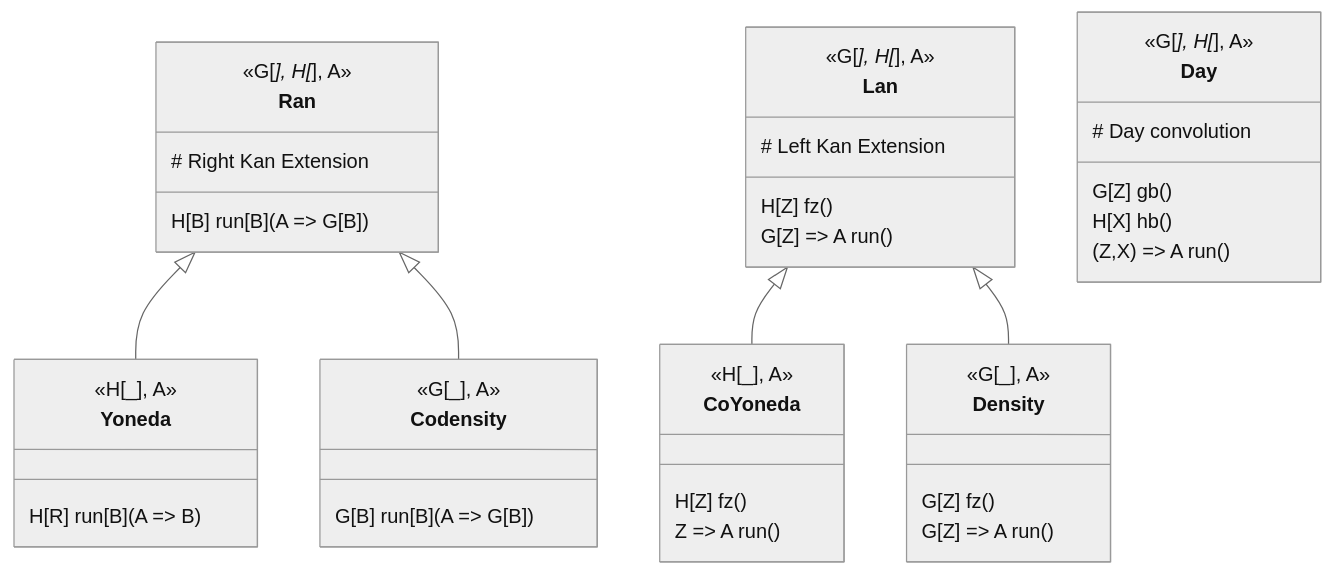
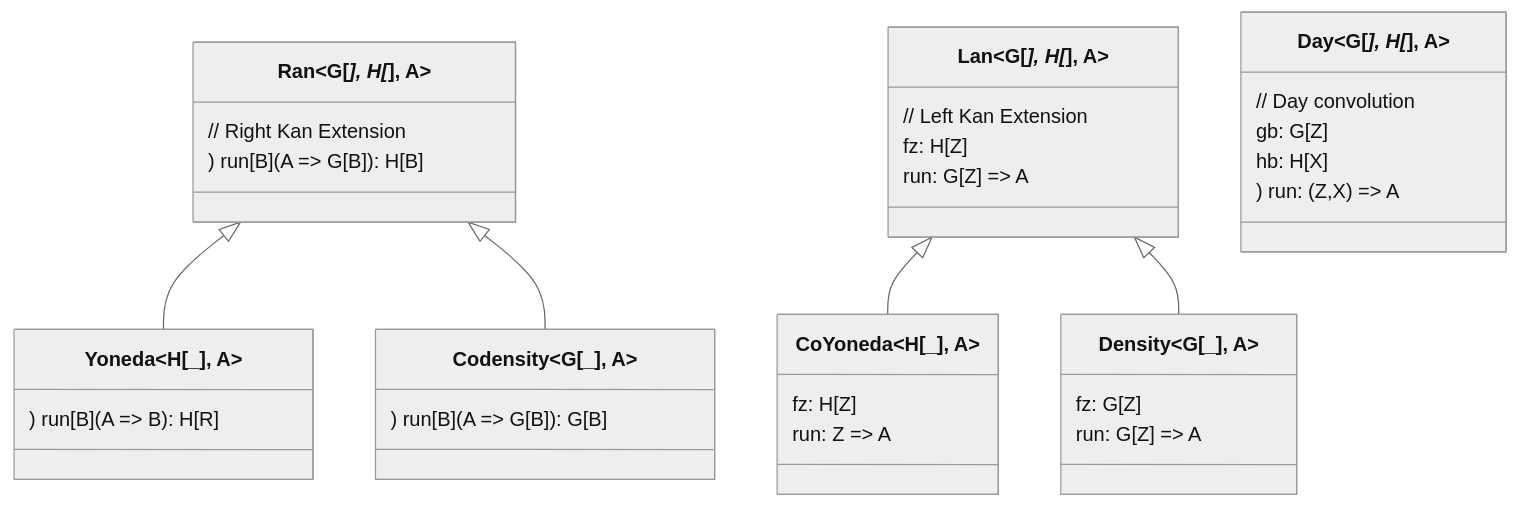
The diagram in KanExtensions.MD (lemastero/scala_typeclassopedia), drawn with Mermaid (neutral theme) before and after one commit. The commit also changed 4 other files, not shown here.

Commit message:
add type parameters to mermaid diagrams using ~

````diff
--- a/KanExtensions.MD
+++ b/KanExtensions.MD
@@ -3,50 +3,37 @@
 ```mermaid
 classDiagram
-   Ran <|-- Yoneda
-   Lan <|-- CoYoneda
-   Ran <|-- Codensity
-   Lan <|-- Density
+   Ran~G[_], H[_], A~ <|-- Yoneda~H[_], A~
+   Lan~G[_], H[_], A~ <|-- CoYoneda~H[_], A~
+   Ran <|-- Codensity~G[_], A~
+   Lan <|-- Density~G[_], A~
 
   class Ran {
-    <<G[_], H[_], A>>
-    # Right Kan Extension
-    H[B] run[B](A => G[B])
+    // Right Kan Extension
+    ) run[B](A => G[B]): H[B]
   }
-
   class Yoneda {
-    <<H[_], A>>
-    H[R] run[B](A => B)
+    ) run[B](A => B): H[R]
   }
-
   class Codensity {
-    <<G[_], A>>
-    G[B] run[B](A => G[B])
+    ) run[B](A => G[B]): G[B]
   }
-
   class Lan {
-    <<G[_], H[_], A>>
-    H[Z] fz()
-    G[Z] => A run()
-    # Left Kan Extension
+    // Left Kan Extension
+    fz: H[Z]
+    run: G[Z] => A
   }
-
   class CoYoneda {
-    <<H[_], A>>
-    H[Z] fz()
-    Z => A run()
+    fz: H[Z]
+    run: Z => A
   }
-
   class Density {
-    <<G[_], A>>
-    G[Z] fz()
-    G[Z] => A run()
+    fz: G[Z]
+    run: G[Z] => A
   }
-
-  class Day {
-    <<G[_], H[_], A>>
-    G[Z] gb()
-    H[X] hb()
-    (Z,X) => A run()
-    # Day convolution
+  class Day~G[_], H[_], A~ {
+    // Day convolution
+    gb: G[Z]
+    hb: H[X]
+    ) run: (Z,X) => A
   }
 ```
````
